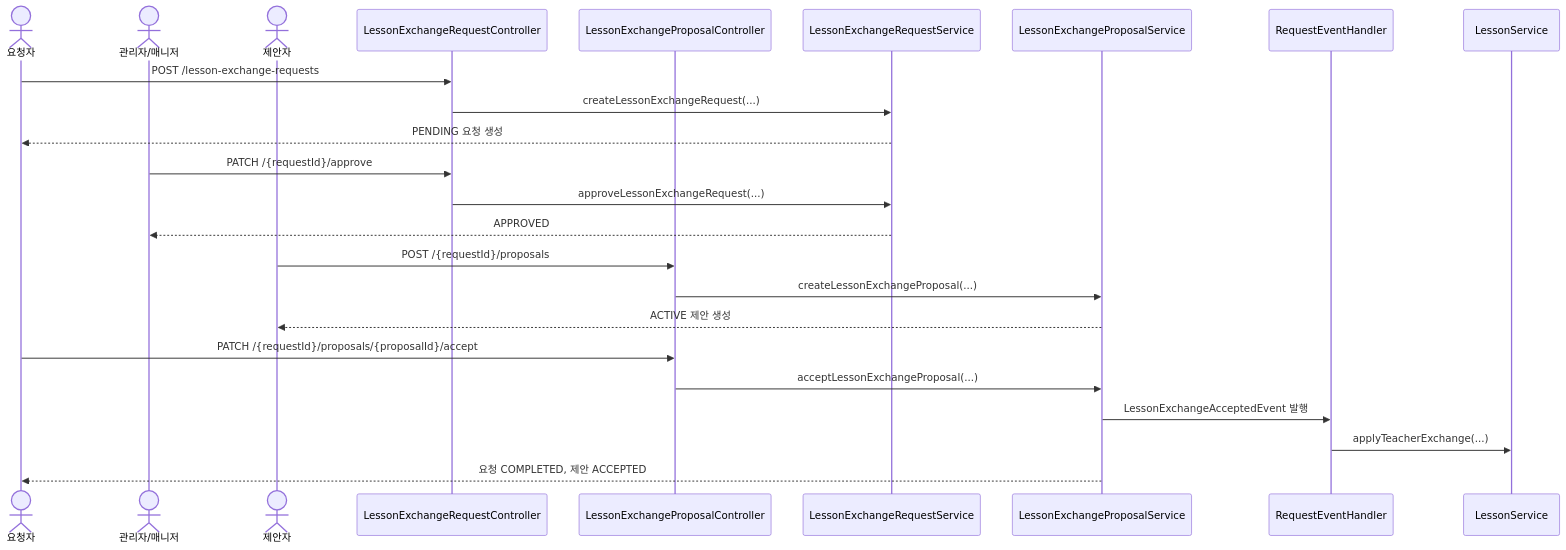
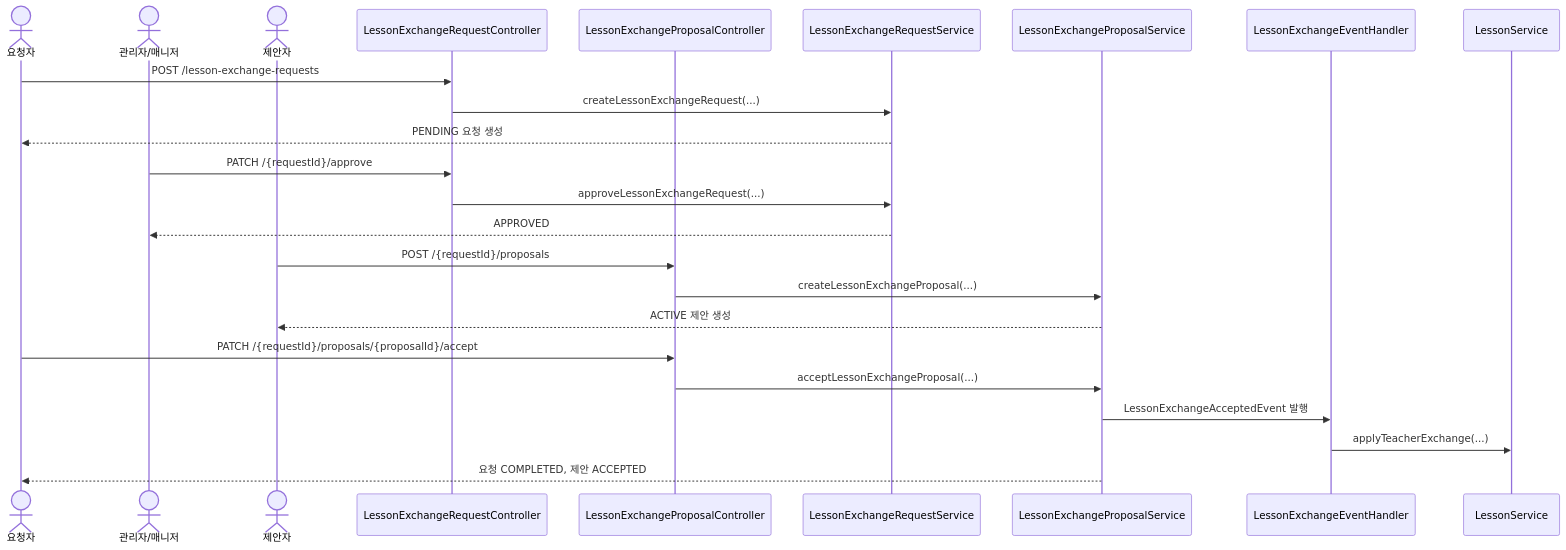
Before and after one commit to Geumjeongyahak/Backend: the first of 2 diagrams in docs/api/Requests.md, drawn with Mermaid. The commit also changed other lines of this file and 59 other files, not shown here.

````diff
--- a/docs/api/Requests.md
+++ b/docs/api/Requests.md
@@ -474,30 +481,30 @@
 ```mermaid
 sequenceDiagram
     actor Requester as 요청자
     actor Manager as 관리자/매니저
     actor Proposer as 제안자
     participant RequestAPI as LessonExchangeRequestController
     participant ProposalAPI as LessonExchangeProposalController
     participant RequestService as LessonExchangeRequestService
     participant ProposalService as LessonExchangeProposalService
-    participant EventHandler as RequestEventHandler
+    participant EventHandler as LessonExchangeEventHandler
     participant LessonService as LessonService
 
     Requester->>RequestAPI: POST /lesson-exchange-requests
     RequestAPI->>RequestService: createLessonExchangeRequest(...)
     RequestService-->>Requester: PENDING 요청 생성
 
     Manager->>RequestAPI: PATCH /{requestId}/approve
     RequestAPI->>RequestService: approveLessonExchangeRequest(...)
     RequestService-->>Manager: APPROVED
 
     Proposer->>ProposalAPI: POST /{requestId}/proposals
     ProposalAPI->>ProposalService: createLessonExchangeProposal(...)
     ProposalService-->>Proposer: ACTIVE 제안 생성
 
     Requester->>ProposalAPI: PATCH /{requestId}/proposals/{proposalId}/accept
     ProposalAPI->>ProposalService: acceptLessonExchangeProposal(...)
     ProposalService->>EventHandler: LessonExchangeAcceptedEvent 발행
     EventHandler->>LessonService: applyTeacherExchange(...)
     ProposalService-->>Requester: 요청 COMPLETED, 제안 ACCEPTED
 ```
````
